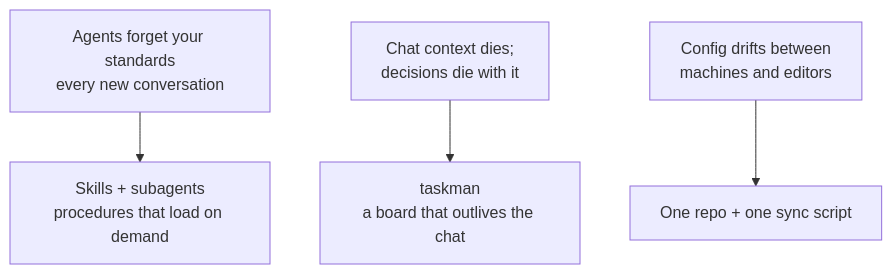
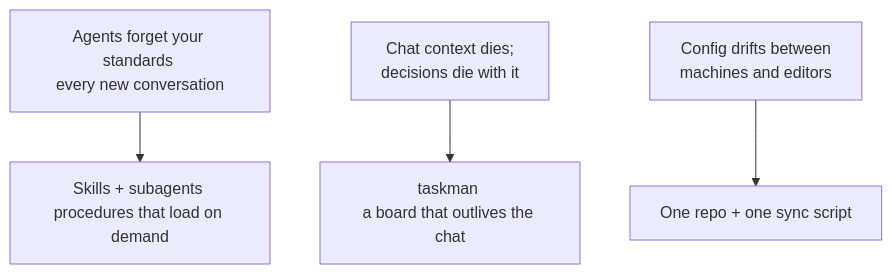
Before and after one commit to ozanozcan/ai-wow: the first of 17 diagrams in HOW-TO-USE.human.md, drawn with Mermaid. The commit also changed other lines of this file and 2 other files, not shown here.

First line of the commit message:
Fix diagram labels colliding on GitHub; document private-repo install

````diff
--- a/HOW-TO-USE.human.md
+++ b/HOW-TO-USE.human.md
@@ -37,14 +37,14 @@
 ```mermaid
 flowchart TD
-  P1["Agents forget your standards<br/>every new conversation"]
-  P2["Chat context dies;<br/>decisions die with it"]
-  P3["Config drifts between<br/>machines and editors"]
+  P1["Agents forget your standards <br/>every new conversation"]
+  P2["Chat context dies; <br/>decisions die with it"]
+  P3["Config drifts between <br/>machines and editors"]
 
-  S1["Skills + subagents<br/>procedures that load on demand"]
-  S2["taskman<br/>a board that outlives the chat"]
+  S1["Skills + subagents <br/>procedures that load on demand"]
+  S2["taskman <br/>a board that outlives the chat"]
   S3["One repo + one sync script"]
 
   P1 --> S1
   P2 --> S2
   P3 --> S3
 ```
````
